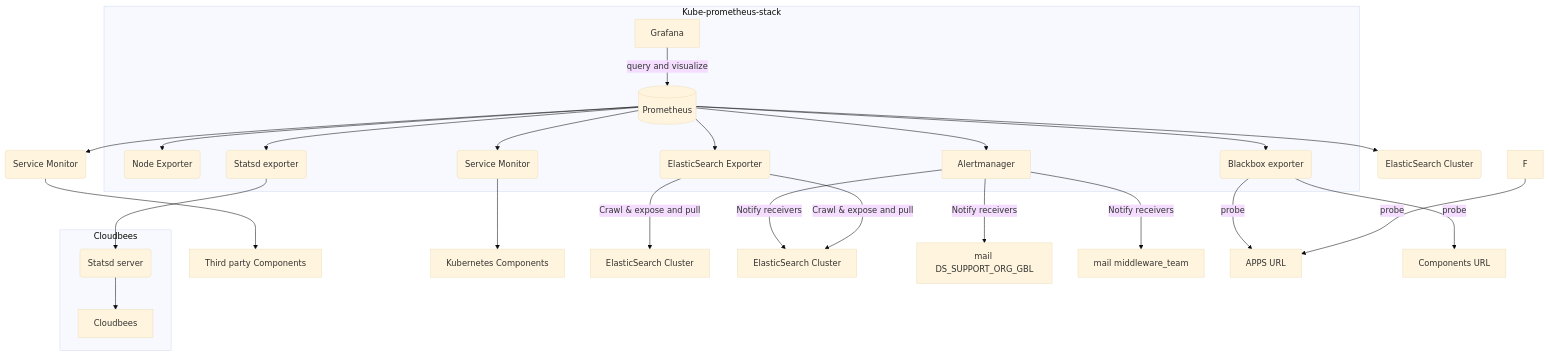
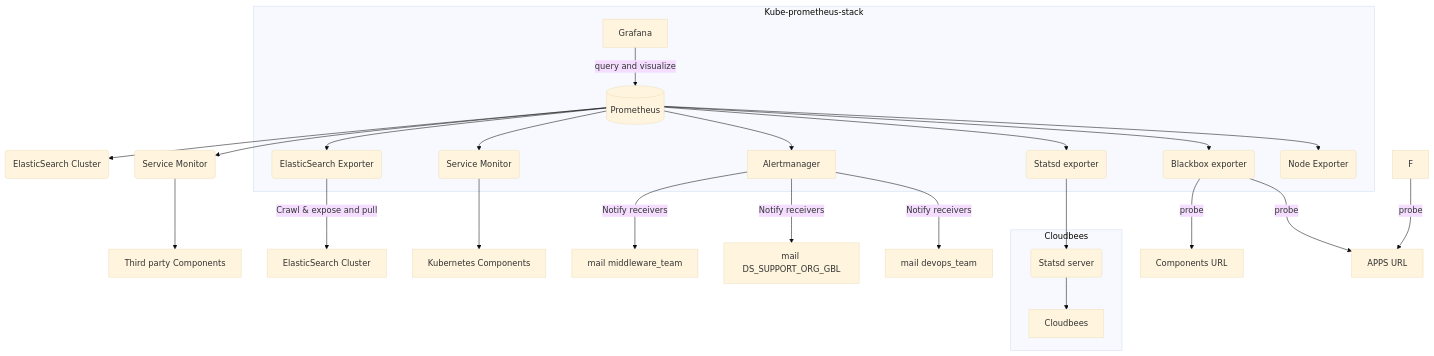
One commit to SavaiRavikiran/Monitoring_With_Prometheus-Grafana changed the first of 14 diagrams in Markdown1.md. Above: the diagram before and after it, drawn with Mermaid (base theme).

````diff
--- a/Markdown1.md
+++ b/Markdown1.md
@@ -1,31 +1,30 @@
 ```mermaid
 graph TD
   subgraph "Kube-prometheus-stack"
     A[Grafana]-->|query and visualize| B[(Prometheus)]
     B --> C(Node Exporter)
     B --> D(Blackbox exporter)
     B --> E(Statsd exporter)
     B --> G[Alertmanager]
     B --> SM1(Service Monitor)
     B --> EE1(ElasticSearch Exporter)
   end
   
   B --> SM2(Service Monitor)
   B --> EE2(ElasticSearch Cluster)
   SM2 --> O[Third party Components]
   SM1 --> P[Kubernetes Components]
   EE1 -->|Crawl & expose and pull| R[ElasticSearch Cluster]
 
   G -->|Notify receivers| H[mail devops_team]
   G -->|Notify receivers| I[mail DS_SUPPORT_ORG_GBL]
   G -->|Notify receivers| J[mail middleware_team]
   D -->|probe| L[APPS URL]
   D -->|probe| M[Components URL]
   F -->|probe| L[APPS URL]
-  EE1 -->|Crawl & expose and pull| H[ElasticSearch Cluster]
 
   subgraph "Cloudbees"
     E --> N(Statsd server)
     N --> K[Cloudbees]
   end
 ```
````
